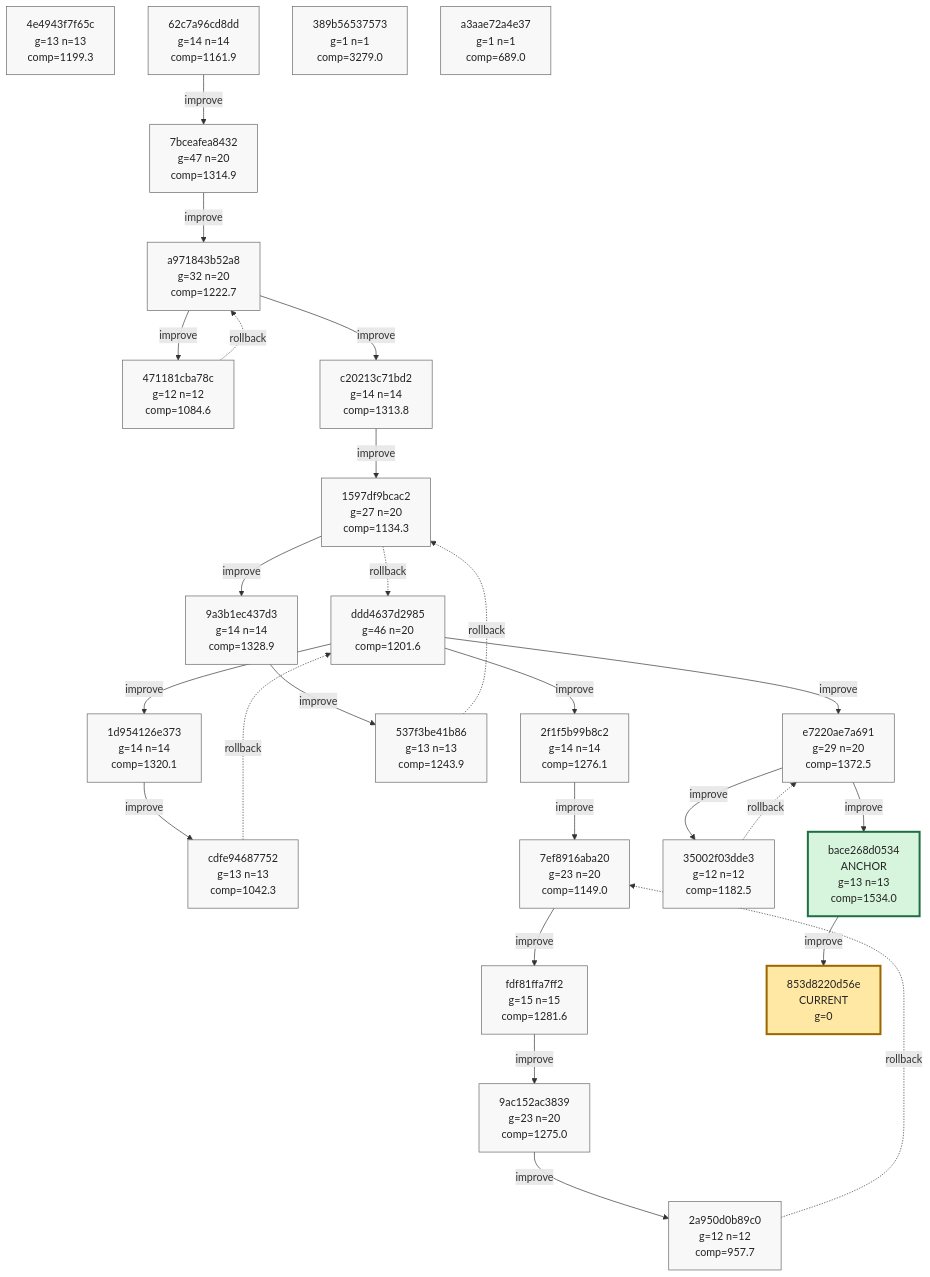
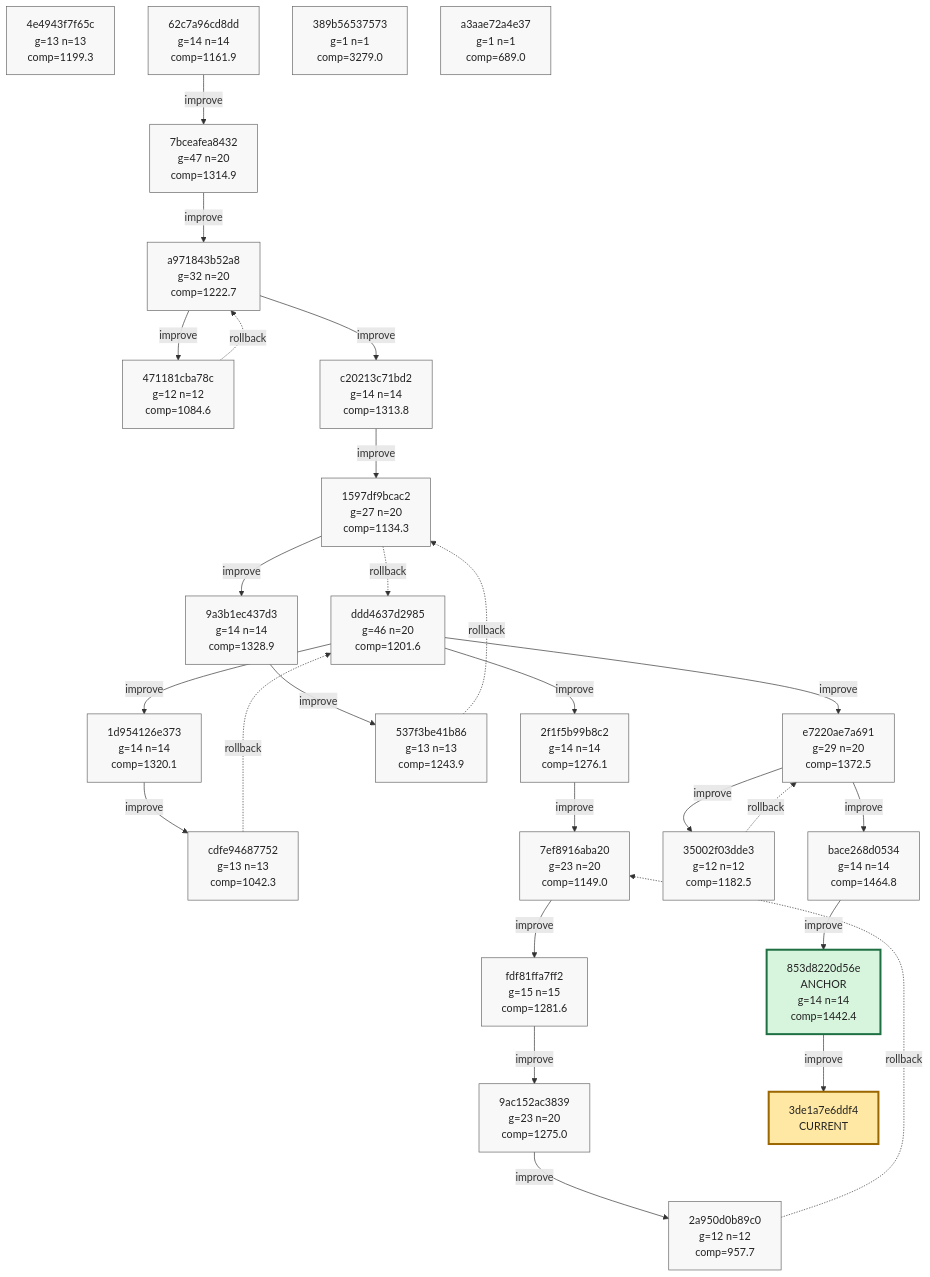
Before and after one commit to azumag/soviet_now: the ninth of 9 diagrams in phyrogenetic-tree.md, drawn with Mermaid. The commit also changed other lines of this file and 2 other files, not shown here.

Commit message:
eloop Improve after 12 games (scores: 1043 1486 1280 2481 1720 1010 2184 3111 1574 1643 1403 1995)

````diff
--- a/phyrogenetic-tree.md
+++ b/phyrogenetic-tree.md
@@ -2246,10 +2247,11 @@
     h_537f3be41b86["537f3be41b86<br/>g=13 n=13<br/>comp=1243.9"]
     h_e7220ae7a691["e7220ae7a691<br/>g=29 n=20<br/>comp=1372.5"]
     h_35002f03dde3["35002f03dde3<br/>g=12 n=12<br/>comp=1182.5"]
-    h_bace268d0534["bace268d0534<br/>ANCHOR<br/>g=13 n=13<br/>comp=1534.0"]
+    h_bace268d0534["bace268d0534<br/>g=14 n=14<br/>comp=1464.8"]
+    h_853d8220d56e["853d8220d56e<br/>ANCHOR<br/>g=14 n=14<br/>comp=1442.4"]
     h_389b56537573["389b56537573<br/>g=1 n=1<br/>comp=3279.0"]
     h_a3aae72a4e37["a3aae72a4e37<br/>g=1 n=1<br/>comp=689.0"]
-    h_853d8220d56e["853d8220d56e<br/>CURRENT<br/>g=0"]
+    h_3de1a7e6ddf4["3de1a7e6ddf4<br/>CURRENT"]
 
     h_ddd4637d2985 -->|improve| h_1d954126e373
     h_1d954126e373 -->|improve| h_cdfe94687752
@@ -2275,6 +2277,7 @@
     h_35002f03dde3 -. rollback .-> h_e7220ae7a691
     h_e7220ae7a691 -->|improve| h_bace268d0534
     h_bace268d0534 -->|improve| h_853d8220d56e
+    h_853d8220d56e -->|improve| h_3de1a7e6ddf4
 
     classDef plain fill:#f8f8f8,stroke:#666,stroke-width:1px,color:#222;
     classDef current fill:#ffe8a3,stroke:#9a6700,stroke-width:3px,color:#222;
@@ -2300,8 +2303,9 @@
     class h_537f3be41b86 plain;
     class h_e7220ae7a691 plain;
     class h_35002f03dde3 plain;
-    class h_bace268d0534 anchor;
+    class h_bace268d0534 plain;
+    class h_853d8220d56e anchor;
     class h_389b56537573 plain;
     class h_a3aae72a4e37 plain;
-    class h_853d8220d56e current;
+    class h_3de1a7e6ddf4 current;
 ```
````
